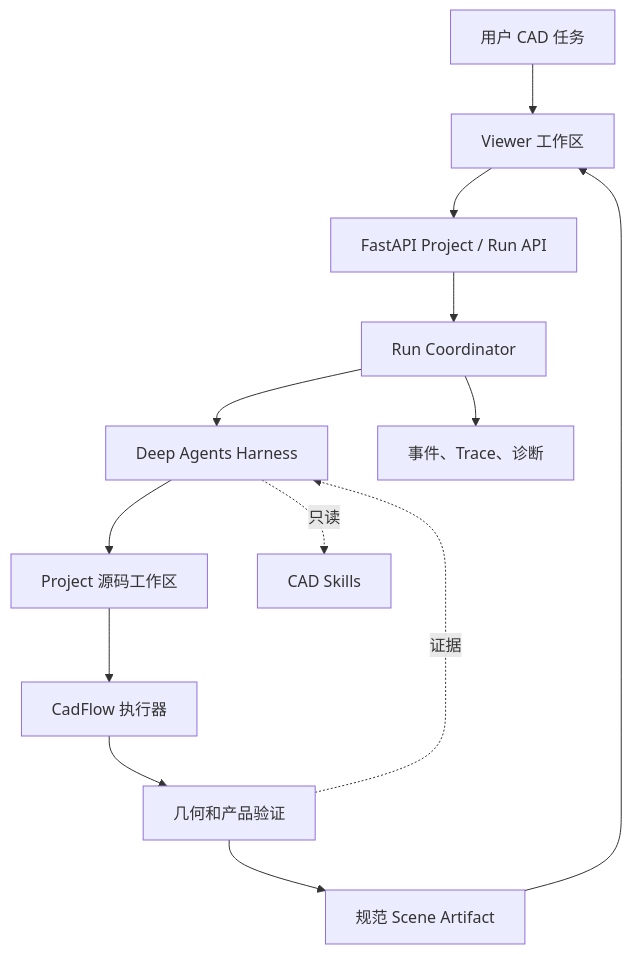
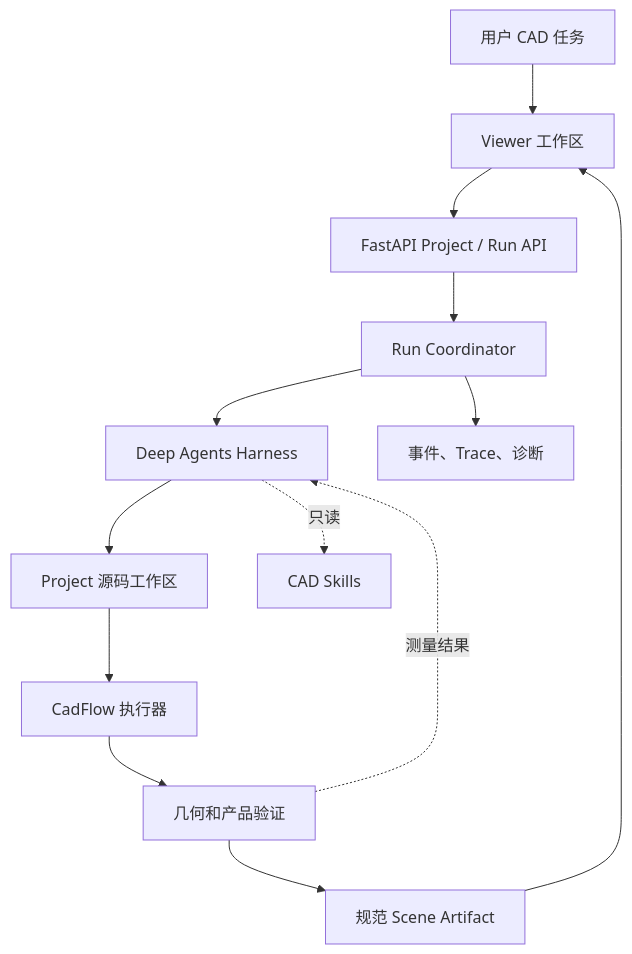
The diagram in docs/zh/architecture.md (zion-zion-zion/CadFlow-Harness), drawn with Mermaid before and after one commit. The commit also changed other lines of this file and 39 other files, not shown here.

````diff
--- a/docs/zh/architecture.md
+++ b/docs/zh/architecture.md
@@ -5,15 +5,15 @@
 ```mermaid
 flowchart TB
     U[用户 CAD 任务] --> V[Viewer 工作区]
     V --> A[FastAPI Project / Run API]
     A --> C[Run Coordinator]
     C --> H[Deep Agents Harness]
     H --> W[Project 源码工作区]
     W --> E[CadFlow 执行器]
     E --> K[几何和产品验证]
     K --> S[规范 Scene Artifact]
     S --> V
     C --> T[事件、Trace、诊断]
     H -. 只读 .-> R[CAD Skills]
-    K -. 证据 .-> H
+    K -. 测量结果 .-> H
 ```
````
